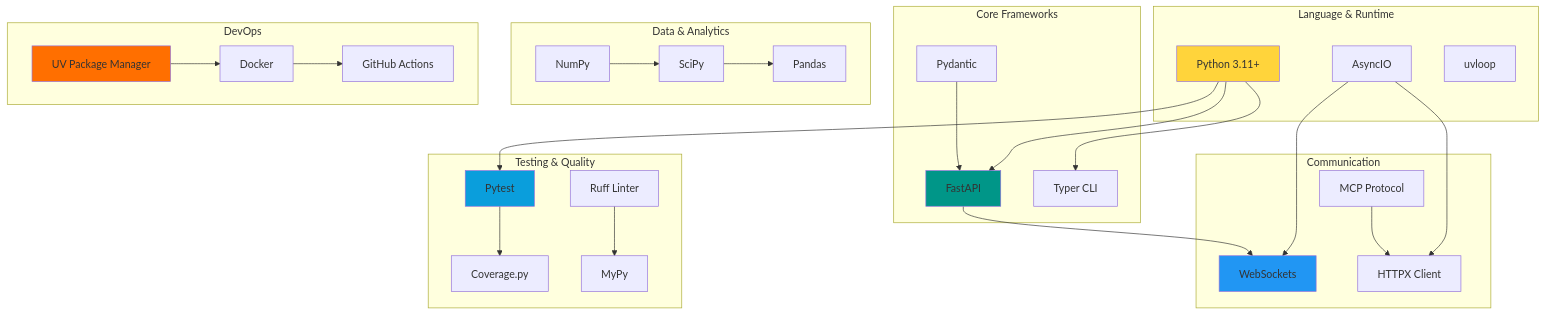
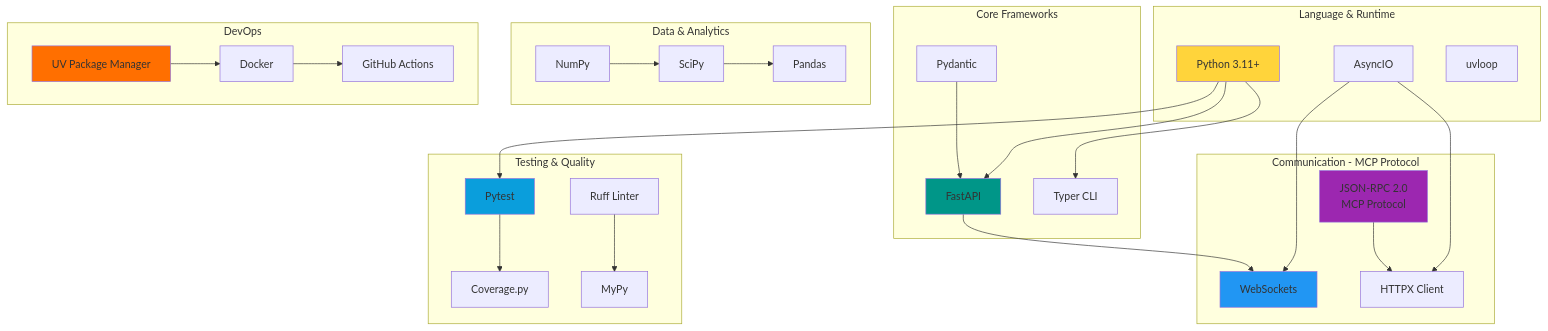
Diagram 11 of 15 in README.md (fouada/Assignment7_mcp-multi-agent-game), drawn with Mermaid before and after one commit. The commit also changed other lines of this file and 1 other file, not shown here.

````diff
--- a/README.md
+++ b/README.md
@@ -581,63 +775,64 @@
 ```mermaid
 graph TB
     subgraph "Language & Runtime"
         PYTHON[Python 3.11+]
         ASYNCIO[AsyncIO]
         UVLOOP[uvloop]
     end
 
     subgraph "Core Frameworks"
         FASTAPI[FastAPI]
         TYPER[Typer CLI]
         PYDANTIC[Pydantic]
     end
 
-    subgraph "Communication"
+    subgraph "Communication - MCP Protocol"
         WS[WebSockets]
         HTTPX[HTTPX Client]
-        MCP_PROTO[MCP Protocol]
+        MCP_PROTO[JSON-RPC 2.0<br/>MCP Protocol]
     end
 
     subgraph "Data & Analytics"
         NUMPY[NumPy]
         SCIPY[SciPy]
         PANDAS[Pandas]
     end
 
     subgraph "Testing & Quality"
         PYTEST[Pytest]
         COVERAGE[Coverage.py]
         RUFF[Ruff Linter]
         MYPY[MyPy]
     end
 
     subgraph "DevOps"
         UV[UV Package Manager]
         DOCKER[Docker]
         GITHUB[GitHub Actions]
     end
 
     PYTHON --> FASTAPI
     PYTHON --> TYPER
     PYTHON --> PYTEST
     ASYNCIO --> WS
     ASYNCIO --> HTTPX
     FASTAPI --> WS
     PYDANTIC --> FASTAPI
     MCP_PROTO --> HTTPX
     
     NUMPY --> SCIPY
     SCIPY --> PANDAS
     
     PYTEST --> COVERAGE
     RUFF --> MYPY
     
     UV --> DOCKER
     DOCKER --> GITHUB
 
     style PYTHON fill:#FFD43B
     style FASTAPI fill:#009688
     style WS fill:#2196F3
+    style MCP_PROTO fill:#9C27B0
     style PYTEST fill:#0A9EDC
     style UV fill:#FF6F00
 ```
````
